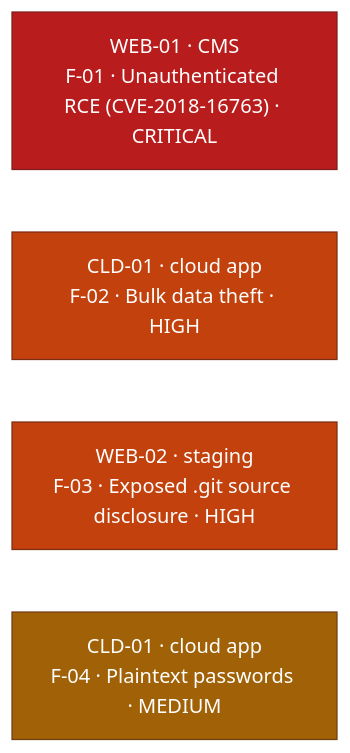
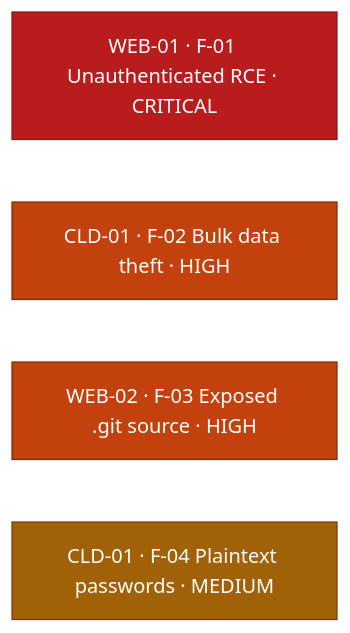
One commit to ouroboros-white/cybersecurity-portfolio changed the diagram in reports/lab-assessment-2026-08.md. Above: the diagram before and after it, drawn with Mermaid.

Commit message:
style: cut the management graphic down to what it needs to say
Each box carried target, target role, finding ID, description, CVE and
severity. A management graphic answers how bad and where, so the CVE
number and the role descriptors go: both are already in the findings
table and the asset inventory. Three items per box now, matching the
chain diagrams in the other reports.

````diff
--- a/reports/lab-assessment-2026-08.md
+++ b/reports/lab-assessment-2026-08.md
@@ -69,16 +69,16 @@
 ```mermaid
 flowchart TD
-    A1["WEB-01 · CMS<br/>F-01 · Unauthenticated RCE (CVE-2018-16763) · CRITICAL"]
-    A2["CLD-01 · cloud app<br/>F-02 · Bulk data theft · HIGH"]
-    A3["WEB-02 · staging<br/>F-03 · Exposed .git source disclosure · HIGH"]
-    A4["CLD-01 · cloud app<br/>F-04 · Plaintext passwords · MEDIUM"]
+    A1["WEB-01 · F-01 Unauthenticated RCE · CRITICAL"]
+    A2["CLD-01 · F-02 Bulk data theft · HIGH"]
+    A3["WEB-02 · F-03 Exposed .git source · HIGH"]
+    A4["CLD-01 · F-04 Plaintext passwords · MEDIUM"]
     A1 ~~~ A2
     A2 ~~~ A3
     A3 ~~~ A4
     classDef crit fill:#b91c1c,stroke:#7f1d1d,color:#ffffff;
     classDef high fill:#c2410c,stroke:#7c2d12,color:#ffffff;
     classDef med fill:#a16207,stroke:#713f12,color:#ffffff;
     class A1 crit;
     class A2,A3 high;
     class A4 med;
 ```
````
